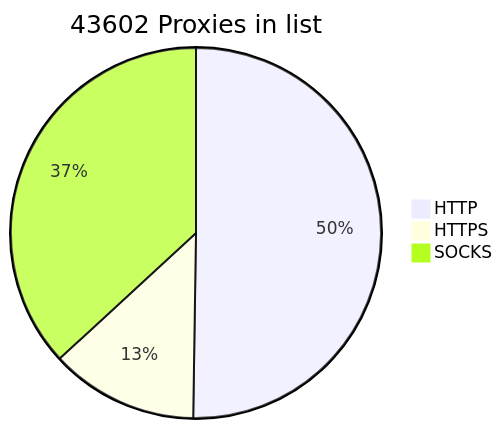
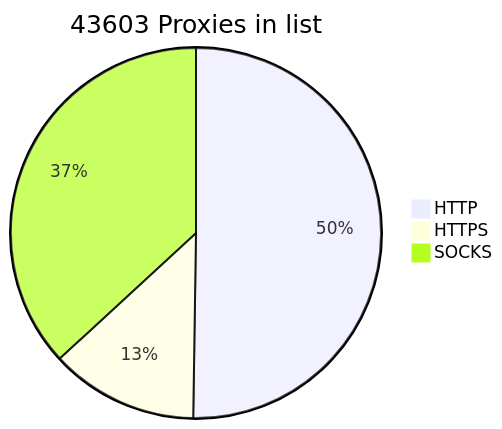
One commit to BlackSnowDot/proxylist-update-every-minute changed the diagram in README.md. Above: the diagram before and after it, drawn with Mermaid.

````diff
--- a/README.md
+++ b/README.md
@@ -2,6 +2,6 @@
 ```mermaid
-pie title 43602 Proxies in list
+pie title 43603 Proxies in list
     "HTTP" : 24391
     "HTTPS": 6270
-    "SOCKS" : 17889
+    "SOCKS" : 17890
 ```
````
